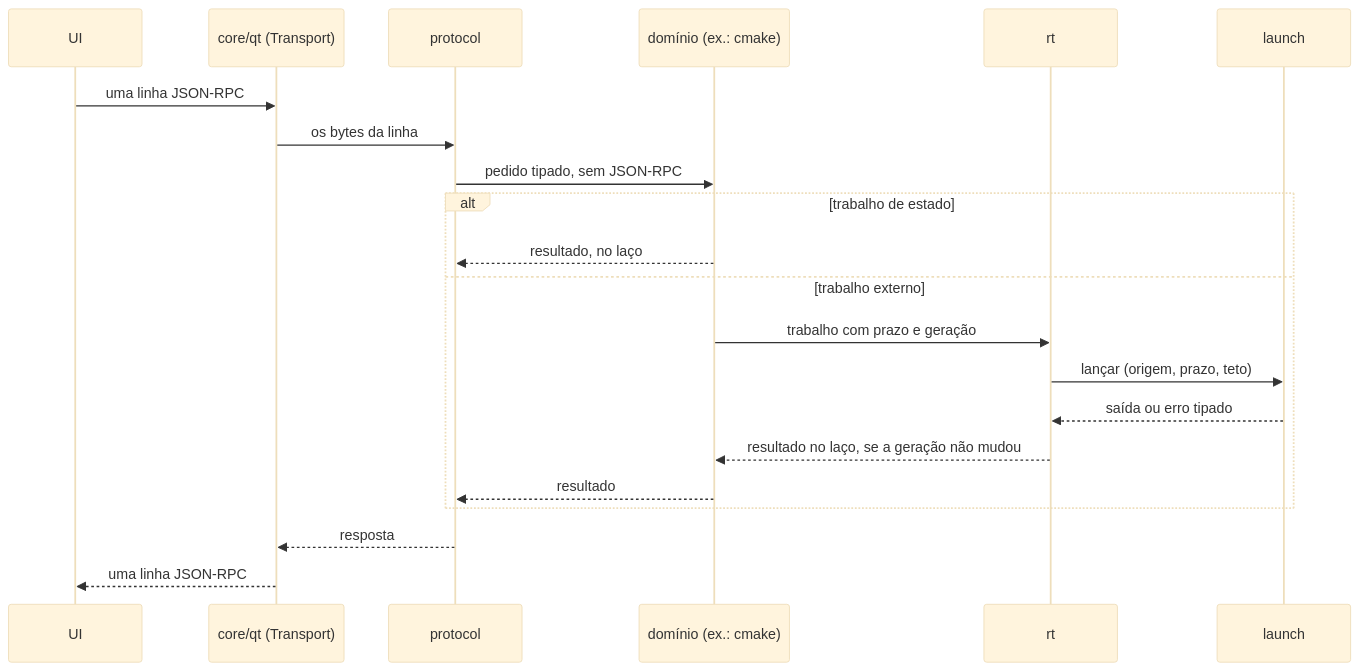
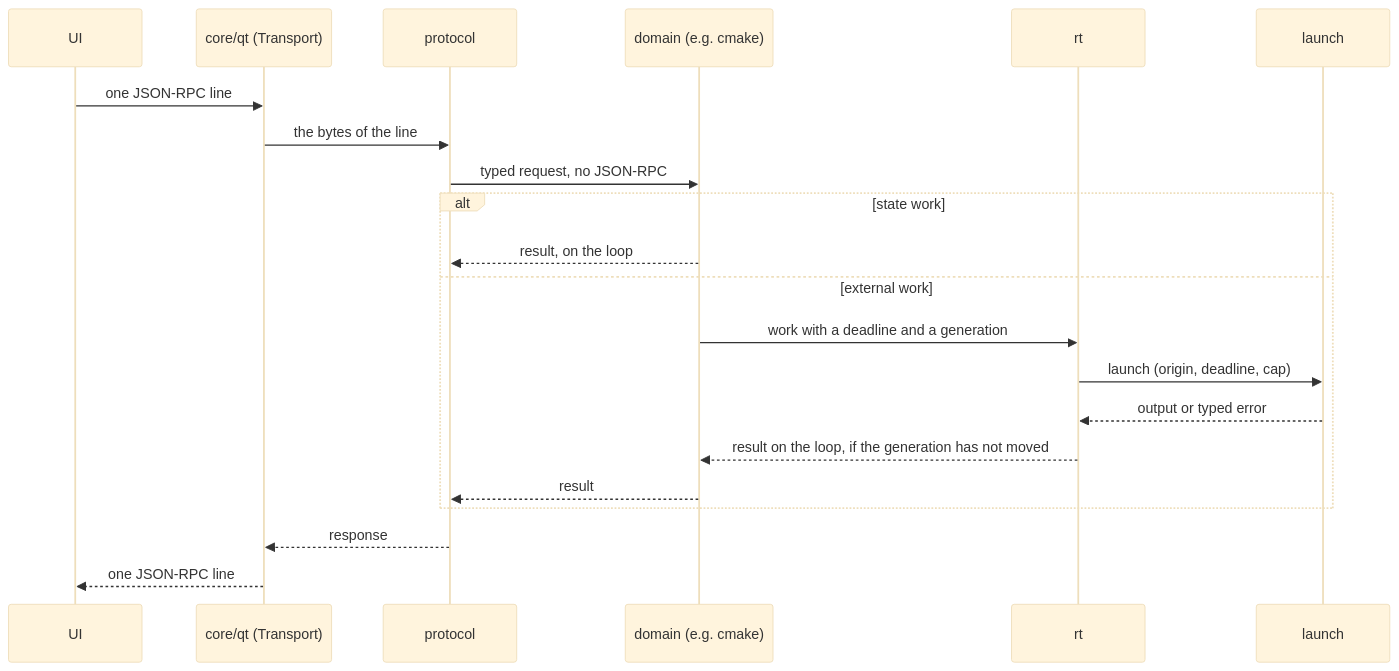
Before and after one commit to ViktorWalde/KineinVectis: the diagram in docs/architecture/execution-and-concurrency.md, drawn with Mermaid (base theme). The commit also changed other lines of this file and 23 other files, not shown here.

First line of the commit message:
docs: docs/ in English, with a map and Mermaid diagrams

````diff
--- a/docs/architecture/execution-and-concurrency.md
+++ b/docs/architecture/execution-and-concurrency.md
@@ -43,23 +41,23 @@
 ```mermaid
 sequenceDiagram
     participant UI
     participant T as core/qt (Transport)
     participant P as protocol
-    participant D as domínio (ex.: cmake)
+    participant D as domain (e.g. cmake)
     participant R as rt
     participant L as launch
-    UI->>T: uma linha JSON-RPC
-    T->>P: os bytes da linha
-    P->>D: pedido tipado, sem JSON-RPC
-    alt trabalho de estado
-        D-->>P: resultado, no laço
-    else trabalho externo
-        D->>R: trabalho com prazo e geração
-        R->>L: lançar (origem, prazo, teto)
-        L-->>R: saída ou erro tipado
-        R-->>D: resultado no laço, se a geração não mudou
-        D-->>P: resultado
+    UI->>T: one JSON-RPC line
+    T->>P: the bytes of the line
+    P->>D: typed request, no JSON-RPC
+    alt state work
+        D-->>P: result, on the loop
+    else external work
+        D->>R: work with a deadline and a generation
+        R->>L: launch (origin, deadline, cap)
+        L-->>R: output or typed error
+        R-->>D: result on the loop, if the generation has not moved
+        D-->>P: result
     end
-    P-->>T: resposta
-    T-->>UI: uma linha JSON-RPC
+    P-->>T: response
+    T-->>UI: one JSON-RPC line
 ```
````
